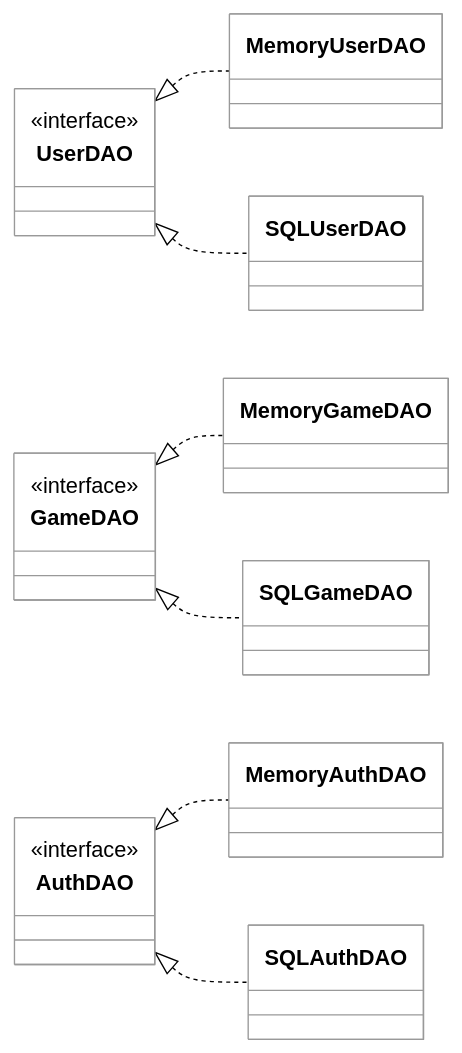
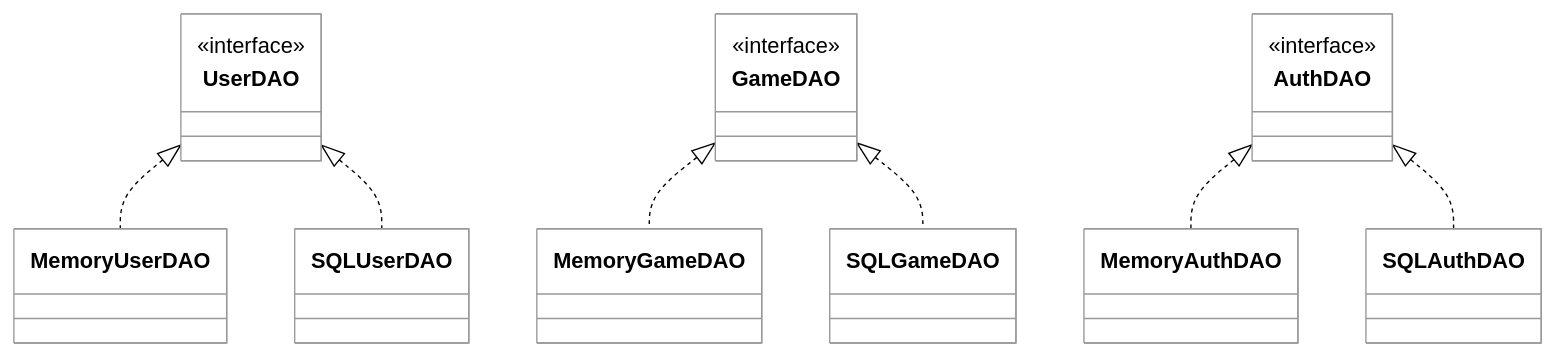
One commit to softwareconstruction240/softwareconstruction changed the diagram in chess/3-web-api/web-api.md. Above: the diagram before and after it, drawn with Mermaid.

Commit message:
Lee Jensen - update(Phase 3: Chess Web API)

````diff
--- a/chess/3-web-api/web-api.md
+++ b/chess/3-web-api/web-api.md
@@ -230,36 +230,36 @@
 ```mermaid
 %%{init: { 'theme': 'neutral', 'themeVariables': { 'mainBkg': '#ffffff', 'lineColor': '#000000', 'primaryTextColor': '#000000', 'actorBorder': '#000000', 'participantBorder': '#000000', 'noteBorderColor': '#000000' } }}%%
 
 classDiagram
-    direction LR
+    direction TB
 
     class UserDAO {
         <<interface>>
     }
 
     class MemoryUserDAO
     class SQLUserDAO
 
     UserDAO <|.. MemoryUserDAO
     UserDAO <|.. SQLUserDAO
 
     class GameDAO {
         <<interface>>
     }
 
     class MemoryGameDAO
     class SQLGameDAO
 
     GameDAO <|.. MemoryGameDAO
     GameDAO <|.. SQLGameDAO
 
     class AuthDAO {
         <<interface>>
     }
 
     class MemoryAuthDAO
     class SQLAuthDAO
 
     AuthDAO <|.. MemoryAuthDAO
     AuthDAO <|.. SQLAuthDAO
 ```
````
